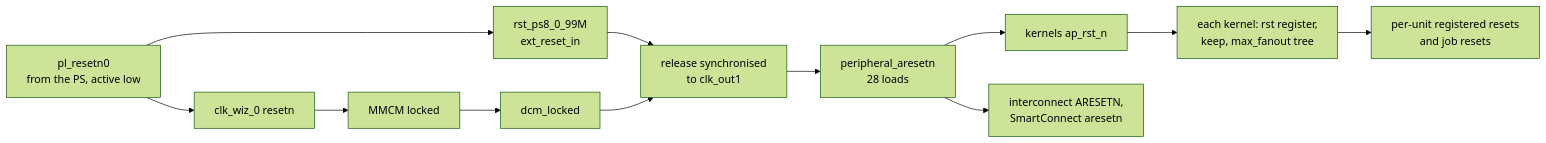
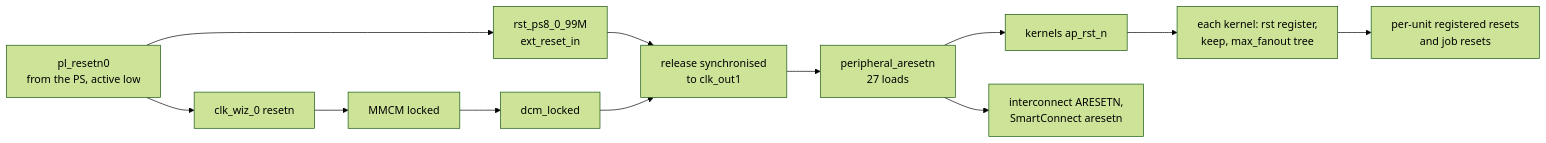
Before and after one commit to phoenix367/cormorant: the sixth of 8 diagrams in doc/ARCHITECTURE.md, drawn with Mermaid (forest theme). The commit also changed other lines of this file and 77 other files, not shown here.

````diff
--- a/doc/ARCHITECTURE.md
+++ b/doc/ARCHITECTURE.md
@@ -411,13 +413,13 @@
 ```mermaid
 flowchart LR
   PSR["pl_resetn0<br/>from the PS, active low"] --> MMCMR["clk_wiz_0 resetn"]
   PSR --> EXT["rst_ps8_0_99M<br/>ext_reset_in"]
   MMCMR --> LOCK["MMCM locked"] --> DCM["dcm_locked"]
   EXT --> SYNC["release synchronised<br/>to clk_out1"]
   DCM --> SYNC
-  SYNC --> PAR["peripheral_aresetn<br/>28 loads"]
+  SYNC --> PAR["peripheral_aresetn<br/>27 loads"]
   PAR --> KR["kernels ap_rst_n"]
   PAR --> IR["interconnect ARESETN,<br/>SmartConnect aresetn"]
   KR --> REG["each kernel: rst register,<br/>keep, max_fanout tree"]
   REG --> UNIT["per-unit registered resets<br/>and job resets"]
 ```
````
